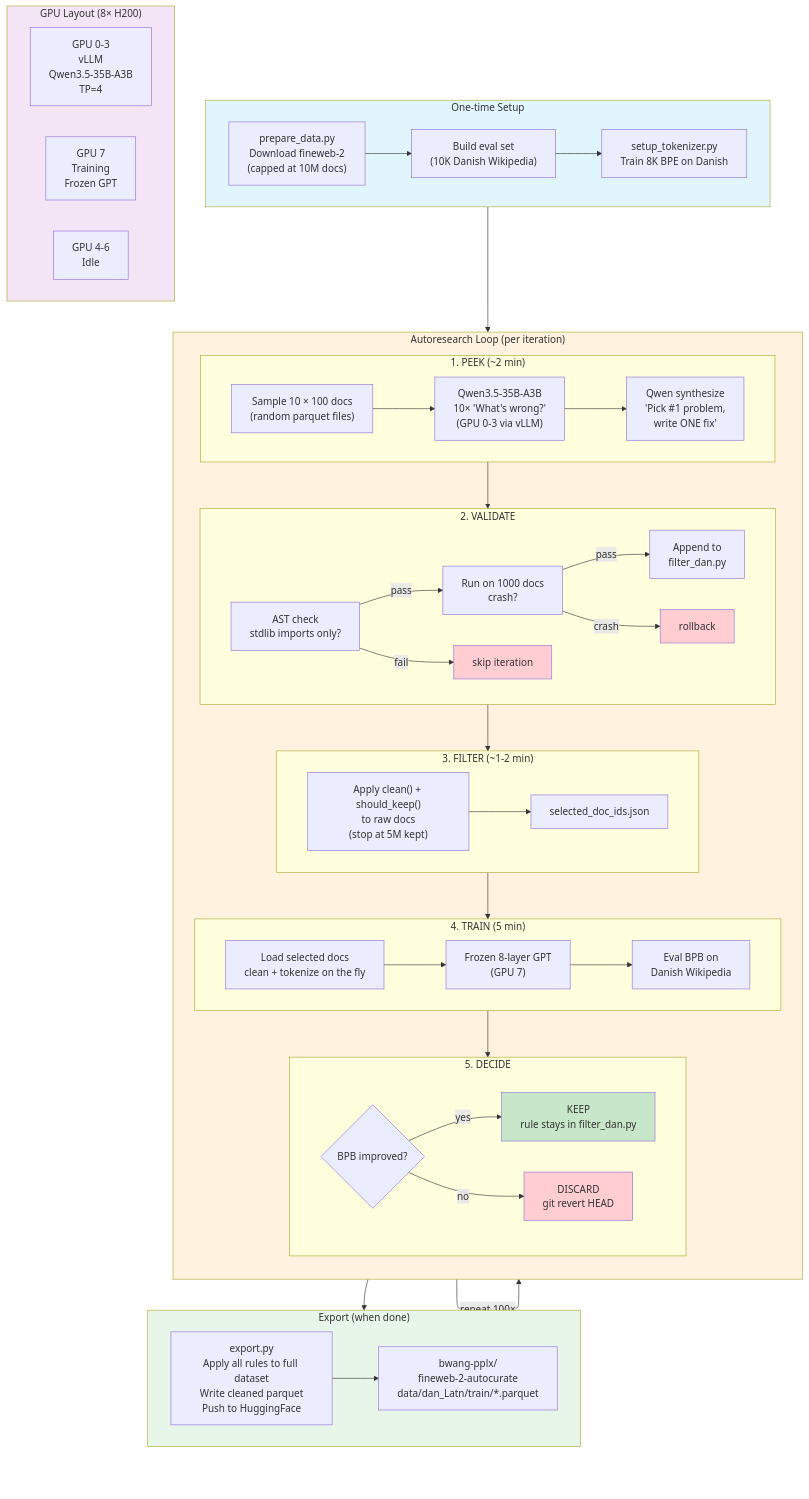
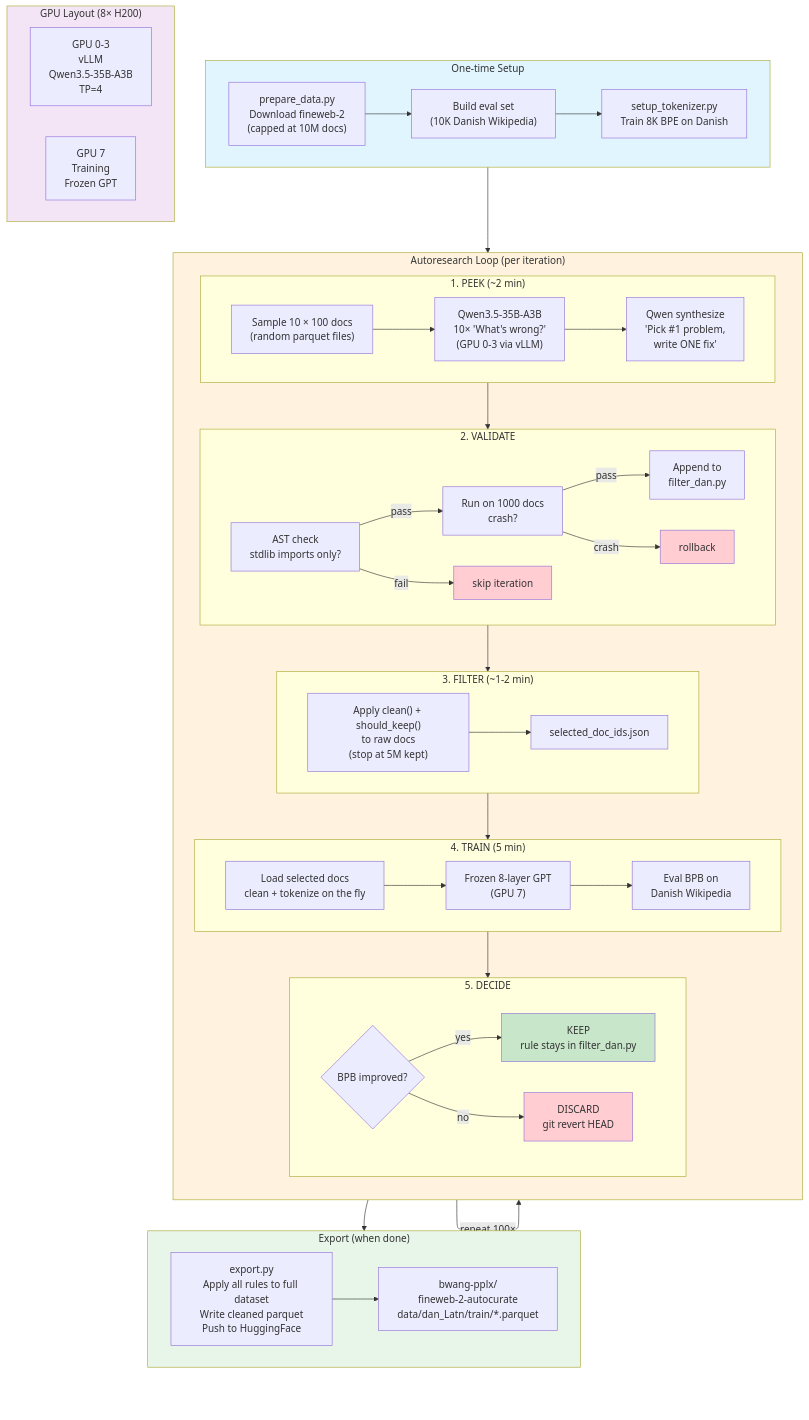
Before and after one commit to bwang-pplx/autocurate: the first of 2 diagrams in ARCHITECTURE.md, drawn with Mermaid.

Commit message:
Remove idle GPUs from diagram

````diff
--- a/ARCHITECTURE.md
+++ b/ARCHITECTURE.md
@@ -1,78 +1,77 @@
 ```mermaid
 flowchart TB
     subgraph SETUP["One-time Setup"]
         DL["prepare_data.py<br/>Download fineweb-2<br/>(capped at 10M docs)"]
         EVAL["Build eval set<br/>(10K Danish Wikipedia)"]
         TOK["setup_tokenizer.py<br/>Train 8K BPE on Danish"]
         DL --> EVAL --> TOK
     end
 
     subgraph LOOP["Autoresearch Loop (per iteration)"]
         direction TB
 
         subgraph PEEK["1. PEEK (~2 min)"]
             SAMPLE["Sample 10 × 100 docs<br/>(random parquet files)"]
             QWEN_OBS["Qwen3.5-35B-A3B<br/>10× 'What's wrong?'<br/>(GPU 0-3 via vLLM)"]
             QWEN_SYN["Qwen synthesize<br/>'Pick #1 problem,<br/>write ONE fix'"]
             SAMPLE --> QWEN_OBS --> QWEN_SYN
         end
 
         subgraph VALIDATE["2. VALIDATE"]
             AST["AST check<br/>stdlib imports only?"]
             RUN["Run on 1000 docs<br/>crash?"]
             APPEND["Append to<br/>filter_dan.py"]
             AST -->|pass| RUN -->|pass| APPEND
             AST -->|fail| SKIP1["skip iteration"]
             RUN -->|crash| ROLLBACK["rollback"]
         end
 
         subgraph FILTER["3. FILTER (~1-2 min)"]
             APPLY["Apply clean() + should_keep()<br/>to raw docs<br/>(stop at 5M kept)"]
             IDS["selected_doc_ids.json"]
             APPLY --> IDS
         end
 
         subgraph TRAIN["4. TRAIN (5 min)"]
             LOAD["Load selected docs<br/>clean + tokenize on the fly"]
             MODEL["Frozen 8-layer GPT<br/>(GPU 7)"]
             BPB["Eval BPB on<br/>Danish Wikipedia"]
             LOAD --> MODEL --> BPB
         end
 
         subgraph DECIDE["5. DECIDE"]
             CMP{BPB improved?}
             KEEP["KEEP<br/>rule stays in filter_dan.py"]
             DISCARD["DISCARD<br/>git revert HEAD"]
             CMP -->|yes| KEEP
             CMP -->|no| DISCARD
         end
 
         PEEK --> VALIDATE --> FILTER --> TRAIN --> DECIDE
     end
 
     subgraph EXPORT["Export (when done)"]
         EXP["export.py<br/>Apply all rules to full dataset<br/>Write cleaned parquet<br/>Push to HuggingFace"]
         HF["bwang-pplx/<br/>fineweb-2-autocurate<br/>data/dan_Latn/train/*.parquet"]
         EXP --> HF
     end
 
     SETUP --> LOOP
     LOOP -->|"repeat 100×"| LOOP
     LOOP --> EXPORT
 
     subgraph GPU_LAYOUT["GPU Layout (8× H200)"]
         direction LR
         G03["GPU 0-3<br/>vLLM<br/>Qwen3.5-35B-A3B<br/>TP=4"]
         G7["GPU 7<br/>Training<br/>Frozen GPT"]
-        G456["GPU 4-6<br/>Idle"]
     end
 
     style SETUP fill:#e1f5fe
     style LOOP fill:#fff3e0
     style EXPORT fill:#e8f5e9
     style GPU_LAYOUT fill:#f3e5f5
     style KEEP fill:#c8e6c9
     style DISCARD fill:#ffcdd2
     style ROLLBACK fill:#ffcdd2
     style SKIP1 fill:#ffcdd2
 ```
````
